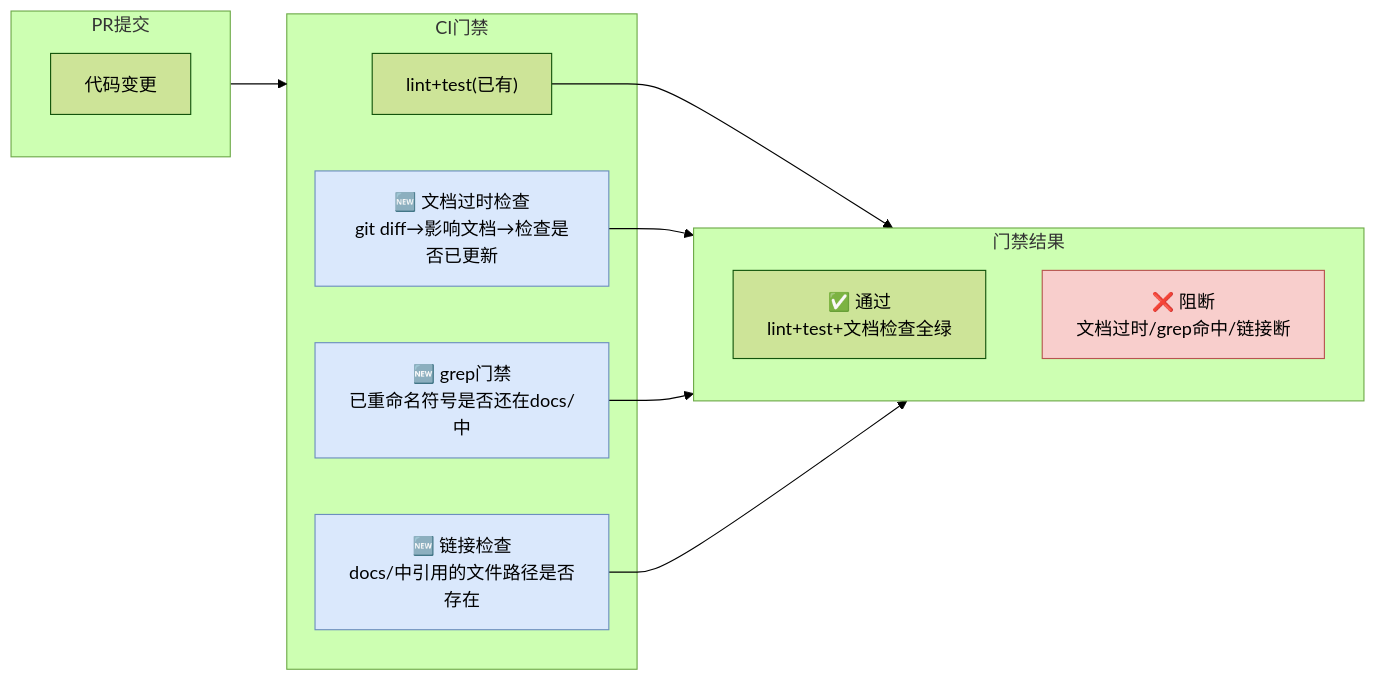
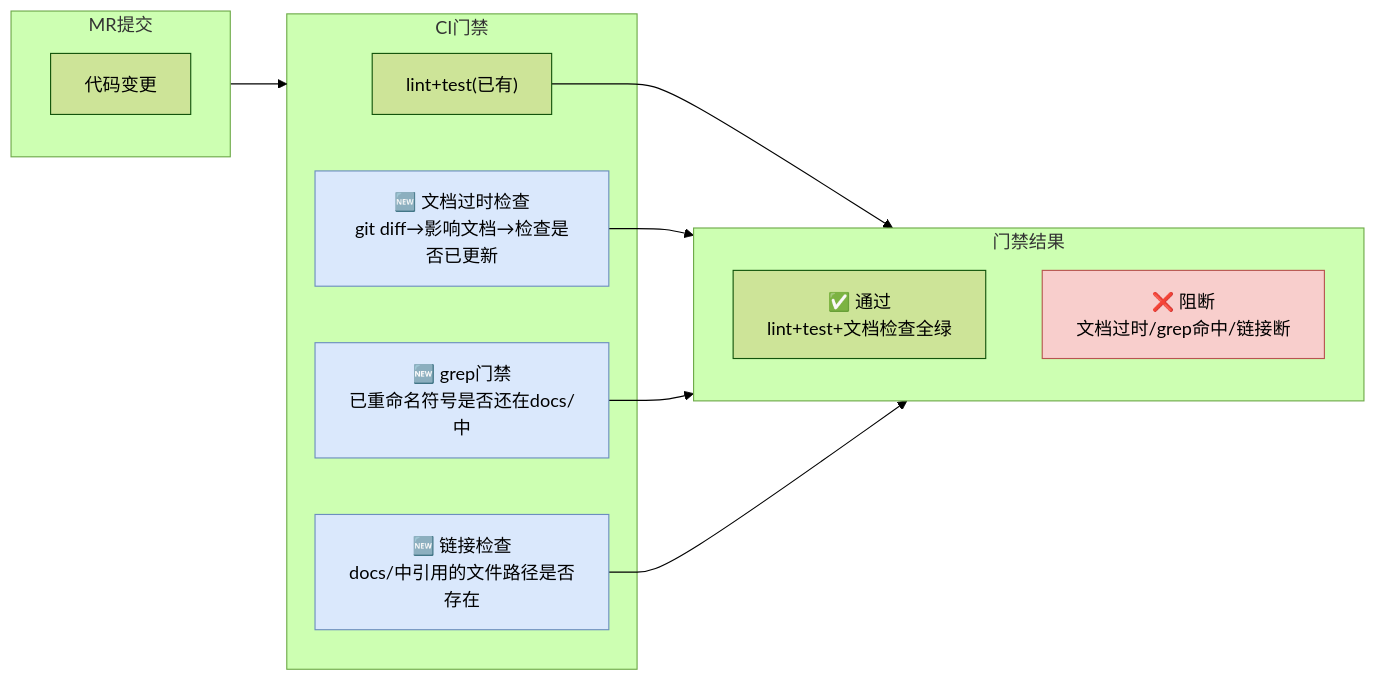
Before and after one commit to hututuxinyu/Memory: the second of 2 diagrams in POC/云核知识资产治理解决方案.md, drawn with Mermaid (forest theme). The commit also changed other lines of this file, not shown here.

Commit message:
refactor: replace mermaid panorama with table (环节×技术点×借鉴论文), PR→MR globally

````diff
--- a/POC/云核知识资产治理解决方案.md
+++ b/POC/云核知识资产治理解决方案.md
@@ -739,29 +708,29 @@
 ```mermaid
 flowchart LR
-    subgraph PR["PR提交"]
+    subgraph MR["MR提交"]
         P1["代码变更"]
     end
 
     subgraph CI["CI门禁"]
         C1["lint+test(已有)"]
         C2["🆕 文档过时检查<br/>git diff→影响文档→检查是否已更新"]
         C3["🆕 grep门禁<br/>已重命名符号是否还在docs/中"]
         C4["🆕 链接检查<br/>docs/中引用的文件路径是否存在"]
     end
 
     subgraph Gate["门禁结果"]
         G1["✅ 通过<br/>lint+test+文档检查全绿"]
         G2["❌ 阻断<br/>文档过时/grep命中/链接断"]
     end
 
-    PR --> CI
+    MR --> CI
     C1 --> Gate
     C2 --> Gate
     C3 --> Gate
     C4 --> Gate
 
     style C2 fill:#dae8fc,stroke:#6c8ebf
     style C3 fill:#dae8fc,stroke:#6c8ebf
     style C4 fill:#dae8fc,stroke:#6c8ebf
     style G2 fill:#f8cecc,stroke:#b85450
 ```
````
